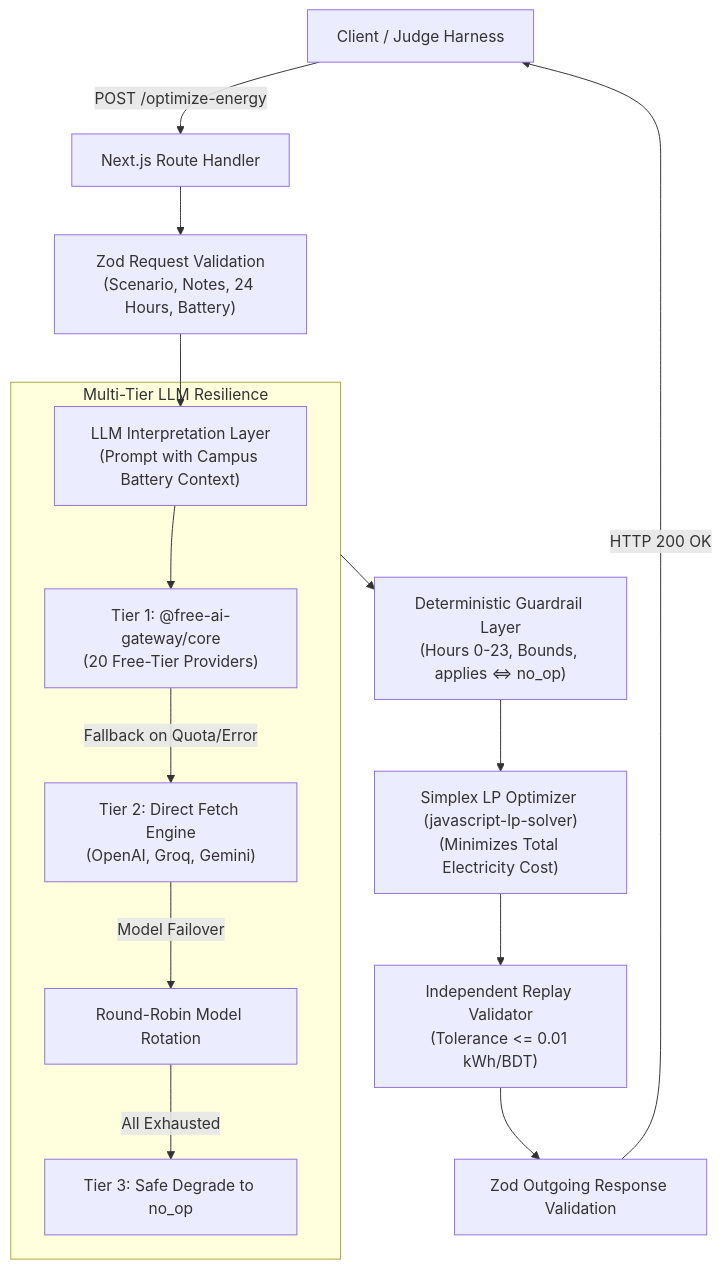
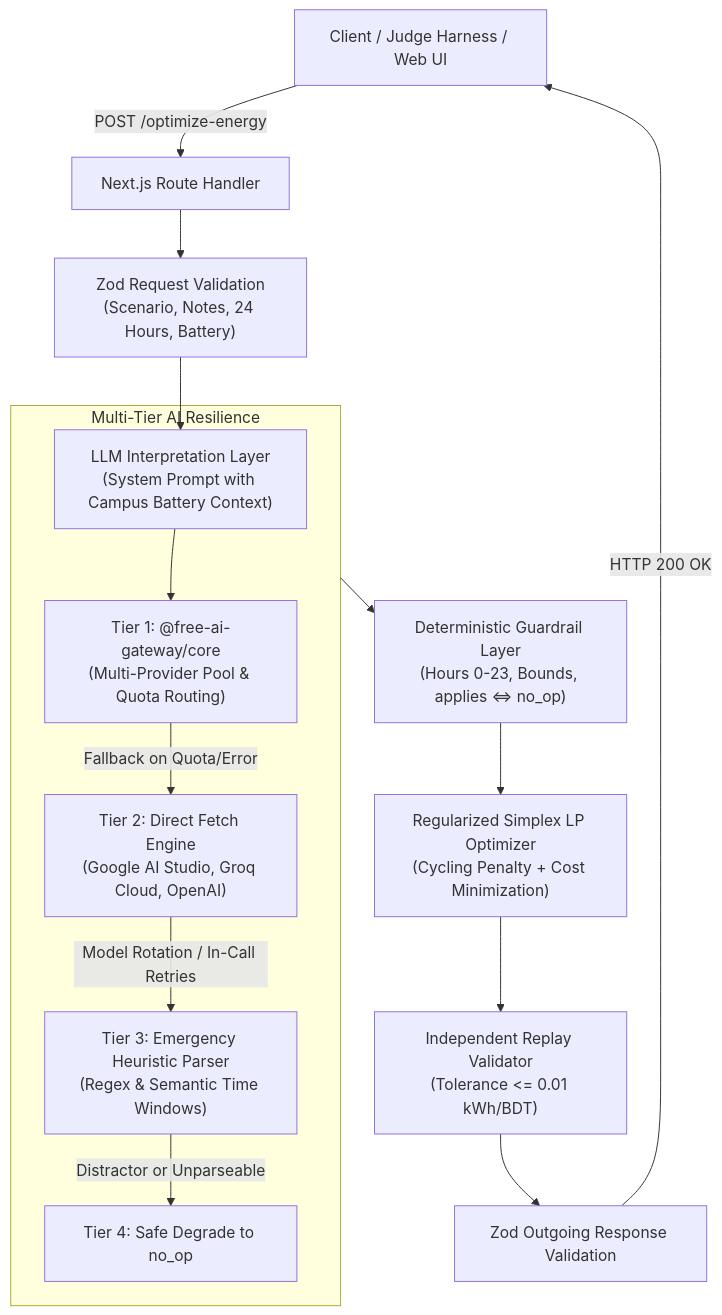
The first of 2 diagrams in README.md (Team-METAVIS/gridwise-llm), drawn with Mermaid before and after one commit. The commit also changed other lines of this file and 2 other files, not shown here.

Commit message:
feat: redesign web dashboard in light mode and complete live tester with 24h power flow inspector

````diff
--- a/README.md
+++ b/README.md
@@ -27,19 +35,19 @@
 ```mermaid
 graph TD
-    Client["Client / Judge Harness"] -->|POST /optimize-energy| Route["Next.js Route Handler"]
+    Client["Client / Judge Harness / Web UI"] -->|POST /optimize-energy| Route["Next.js Route Handler"]
     Route --> SchemaIn["Zod Request Validation<br/>(Scenario, Notes, 24 Hours, Battery)"]
-    SchemaIn --> LLM["LLM Interpretation Layer<br/>(Prompt with Campus Battery Context)"]
+    SchemaIn --> LLM["LLM Interpretation Layer<br/>(System Prompt with Campus Battery Context)"]
     
-    subgraph LLM_Engine ["Multi-Tier LLM Resilience"]
-        LLM --> Gateway["Tier 1: @free-ai-gateway/core<br/>(20 Free-Tier Providers)"]
-        Gateway -->|Fallback on Quota/Error| Direct["Tier 2: Direct Fetch Engine<br/>(OpenAI, Groq, Gemini)"]
-        Direct -->|Model Failover| Rotation["Round-Robin Model Rotation"]
-        Rotation -->|All Exhausted| Degrade["Tier 3: Safe Degrade to no_op"]
+    subgraph LLM_Engine ["Multi-Tier AI Resilience"]
+        LLM --> Gateway["Tier 1: @free-ai-gateway/core<br/>(Multi-Provider Pool & Quota Routing)"]
+        Gateway -->|Fallback on Quota/Error| Direct["Tier 2: Direct Fetch Engine<br/>(Google AI Studio, Groq Cloud, OpenAI)"]
+        Direct -->|Model Rotation / In-Call Retries| Emergency["Tier 3: Emergency Heuristic Parser<br/>(Regex & Semantic Time Windows)"]
+        Emergency -->|Distractor or Unparseable| SafeDegrade["Tier 4: Safe Degrade to no_op"]
     end
 
     LLM_Engine --> Guardrails["Deterministic Guardrail Layer<br/>(Hours 0-23, Bounds, applies <=> no_op)"]
-    Guardrails --> LP["Simplex LP Optimizer (javascript-lp-solver)<br/>(Minimizes Total Electricity Cost)"]
+    Guardrails --> LP["Regularized Simplex LP Optimizer<br/>(Cycling Penalty + Cost Minimization)"]
     LP --> Replay["Independent Replay Validator<br/>(Tolerance <= 0.01 kWh/BDT)"]
     Replay --> SchemaOut["Zod Outgoing Response Validation"]
     SchemaOut -->|HTTP 200 OK| Client
 ```
````
